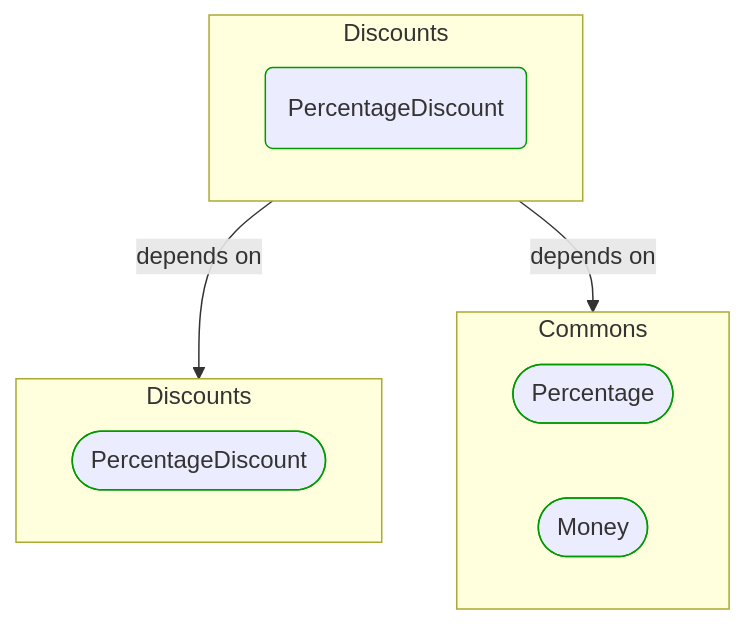
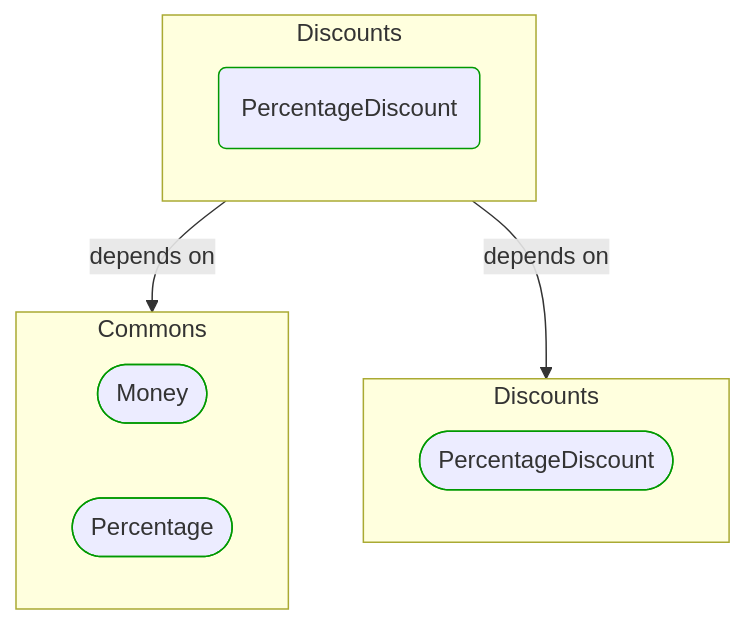
One commit to itlibrium/DDD-starter-dotnet changed the diagram in Docs/P3/MermaidOutput/BuildingBlocks/Sales/Pricing/Discounts/PercentageDiscount.md. Above: the diagram before and after it, drawn with Mermaid. The commit also changed 78 other files, not shown here.

````diff
--- a/Docs/P3/MermaidOutput/BuildingBlocks/Sales/Pricing/Discounts/PercentageDiscount.md
+++ b/Docs/P3/MermaidOutput/BuildingBlocks/Sales/Pricing/Discounts/PercentageDiscount.md
@@ -18,22 +18,22 @@
 ```mermaid
   flowchart TB
     subgraph 0["Discounts"]
       1(PercentageDiscount)
       class 1 DomainPerspective
     end
-    subgraph 2["Discounts"]
-      3([PercentageDiscount])
+    subgraph 2["Commons"]
+      3([Money])
       class 3 DomainPerspective
+      4([Percentage])
+      class 4 DomainPerspective
     end
-    subgraph 4["Commons"]
-      5([Percentage])
-      class 5 DomainPerspective
-      6([Money])
+    subgraph 5["Discounts"]
+      6([PercentageDiscount])
       class 6 DomainPerspective
     end
     0-->|depends on|2
-    0-->|depends on|4
+    0-->|depends on|5
     classDef DomainPerspective stroke:#009900
     classDef TechnologyPerspective stroke:#1F41EB
     classDef PeoplePerspective stroke:#FFF014
 ```
````
